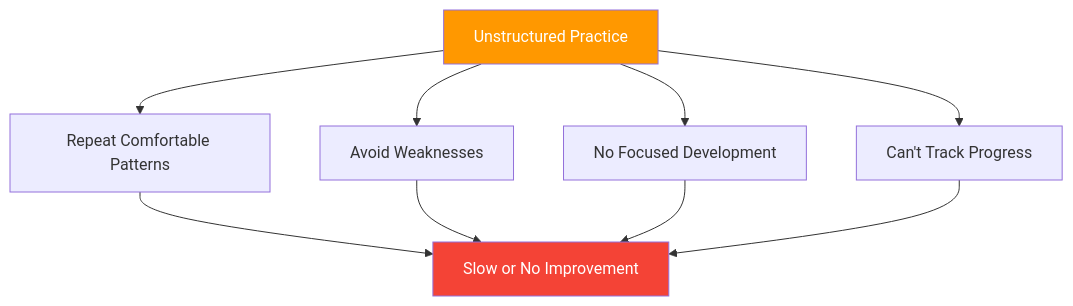
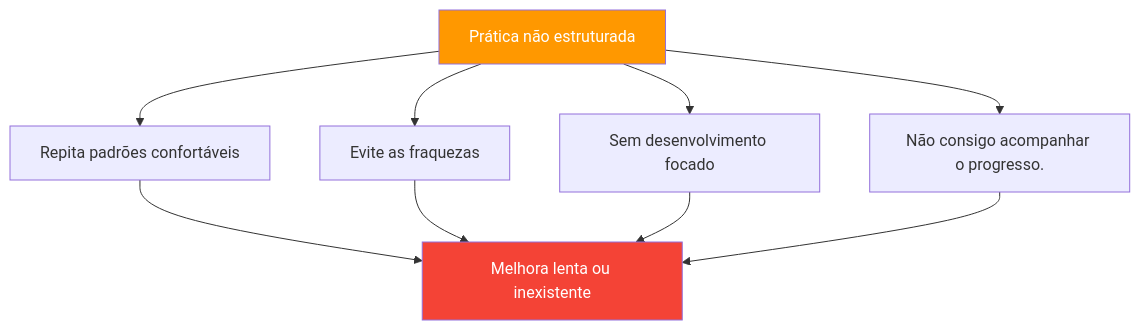
The diagram in docs/pt/articles/practice-structure.md (patwii/petanque-academy), drawn with Mermaid before and after one commit. The commit also changed other lines of this file and 550 other files, not shown here.

````diff
--- a/docs/pt/articles/practice-structure.md
+++ b/docs/pt/articles/practice-structure.md
@@ -20,15 +20,15 @@
 ```mermaid
 flowchart TD
-    A[Unstructured Practice] --> B[Repeat Comfortable Patterns]
-    A --> C[Avoid Weaknesses]
-    A --> D[No Focused Development]
-    A --> E[Can't Track Progress]
+    A[Prática não estruturada] --> B[Repita padrões confortáveis]
+    A --> C[Evite as fraquezas]
+    A --> D[Sem desenvolvimento focado]
+    A --> E[Não consigo acompanhar o progresso.]
 
-    B --> F[Slow or No Improvement]
+    B --> F[Melhora lenta ou inexistente]
     C --> F
     D --> F
     E --> F
 
     style A fill:#FF9800,color:#fff
     style F fill:#f44336,color:#fff
 ```
````
